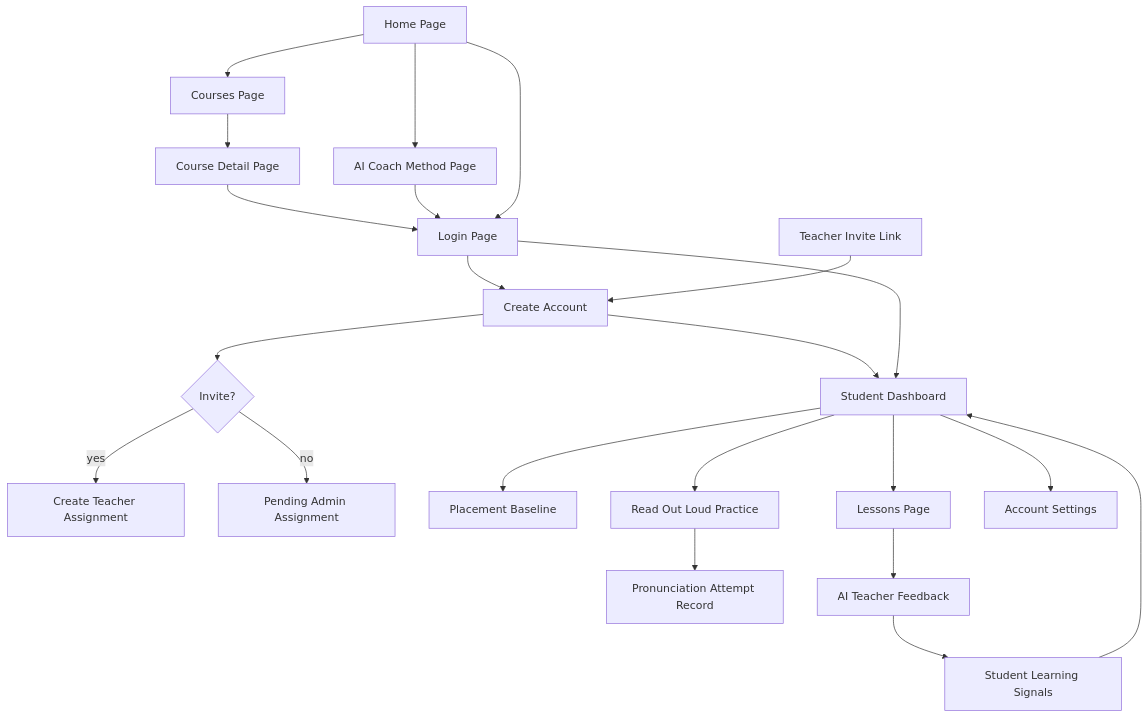
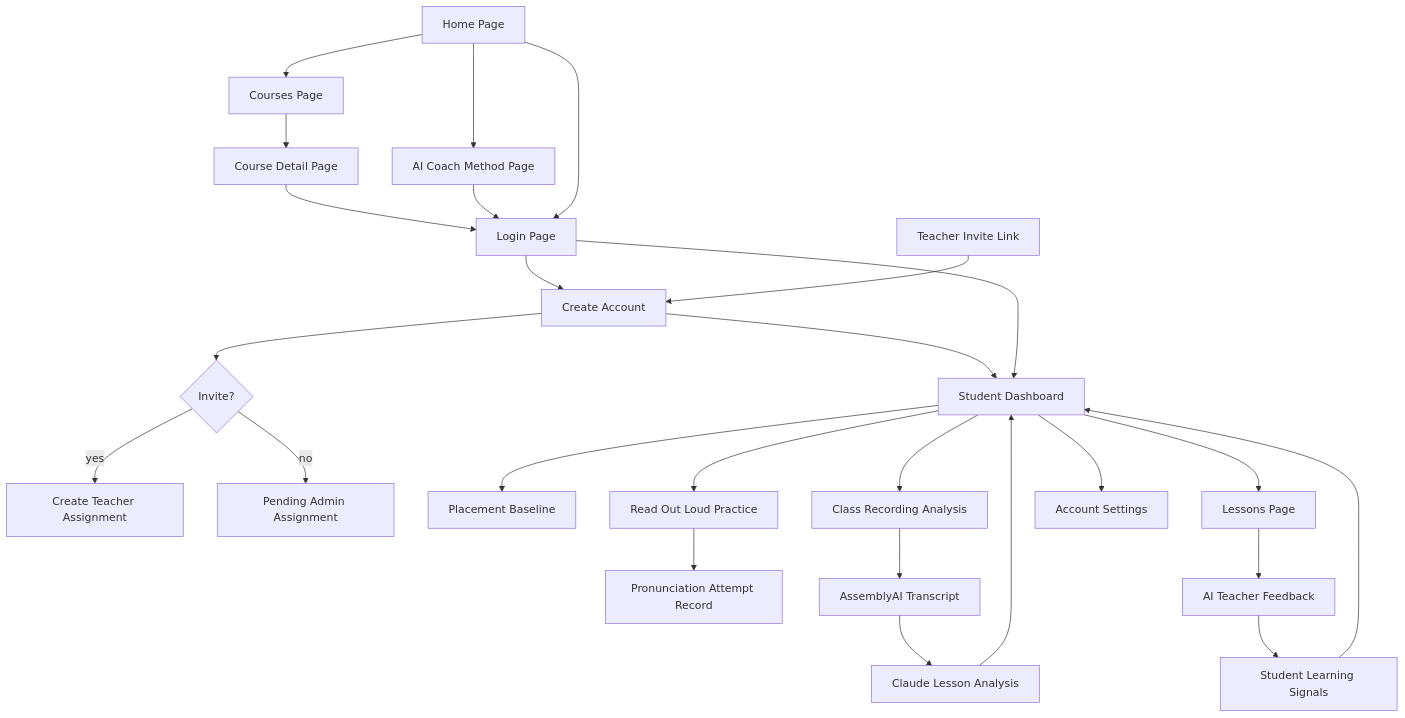
The second of 8 diagrams in architecture/06-diagrams.md (lvoliveiratec/english_app), drawn with Mermaid before and after one commit. The commit also changed other lines of this file and 21 other files, not shown here.

````diff
--- a/architecture/06-diagrams.md
+++ b/architecture/06-diagrams.md
@@ -43,24 +48,28 @@
 ```mermaid
 flowchart TD
   Home[Home Page] --> Courses[Courses Page]
   Home --> Method[AI Coach Method Page]
   Courses --> CourseDetail[Course Detail Page]
   CourseDetail --> Login[Login Page]
   Method --> Login
   Home --> Login
   Login --> Signup[Create Account]
   TeacherInvite[Teacher Invite Link] --> Signup
   Signup --> Dashboard[Student Dashboard]
   Signup --> Assignment{Invite?}
   Assignment -->|yes| TeacherAssignment[Create Teacher Assignment]
   Assignment -->|no| PendingAssignment[Pending Admin Assignment]
   Login --> Dashboard
   Dashboard --> Baseline[Placement Baseline]
   Dashboard --> Pronunciation[Read Out Loud Practice]
+  Dashboard --> Recording[Class Recording Analysis]
   Dashboard --> Lessons[Lessons Page]
   Dashboard --> Account[Account Settings]
   Pronunciation --> Attempt[Pronunciation Attempt Record]
+  Recording --> Transcript[AssemblyAI Transcript]
+  Transcript --> LessonAnalysis[Claude Lesson Analysis]
+  LessonAnalysis --> Dashboard
   Lessons --> Feedback[AI Teacher Feedback]
   Feedback --> Memory[Student Learning Signals]
   Memory --> Dashboard
 ```
````
